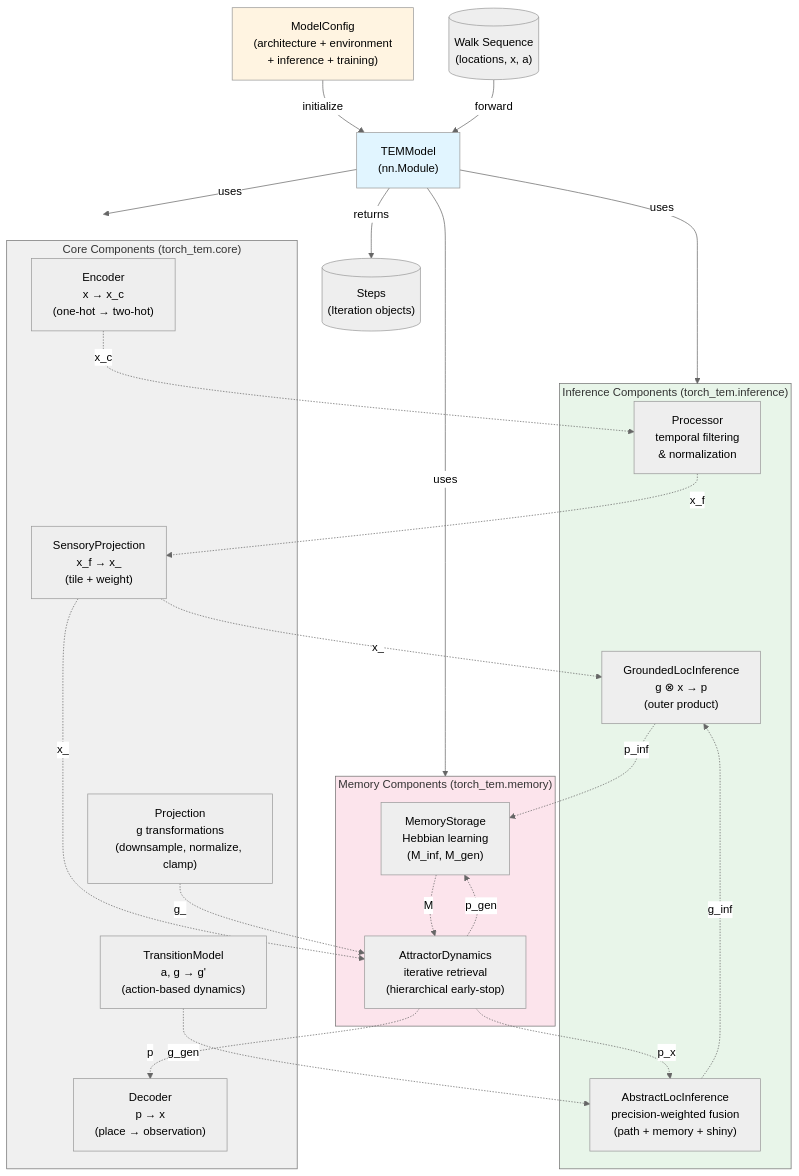
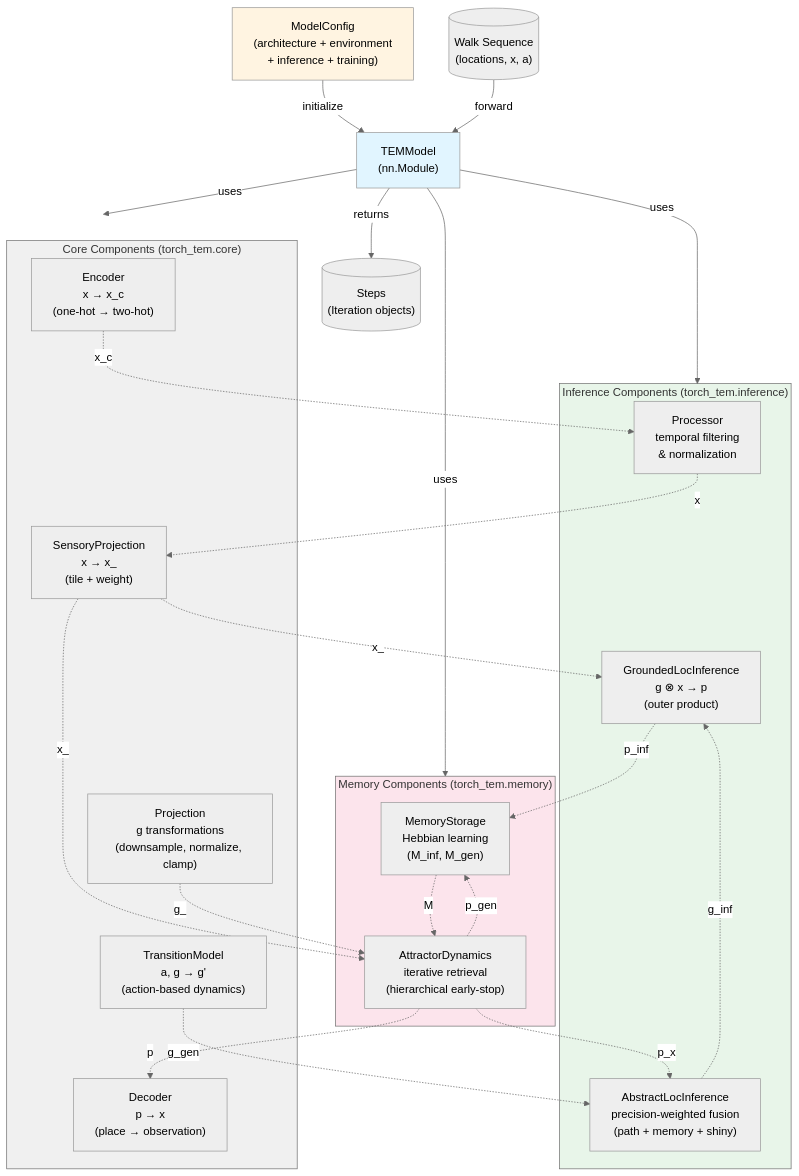
The diagram in docs/architecture.mmd (BorjaEst/tem), drawn with Mermaid (neutral theme) before and after one commit. The commit also changed 39 other files, not shown here.

```diff
--- a/docs/architecture.mmd
+++ b/docs/architecture.mmd
@@ -1,65 +1,65 @@
 %% Tolman-Eichenbaum Machine (TEM) - Overall Architecture
 graph TB
     %% Input/Output
     Walk[("Walk Sequence<br/>(locations, x, a)")]
     Steps[("Steps<br/>(Iteration objects)")]
     
     %% Main Model
     TEMModel["TEMModel<br/>(nn.Module)"]
     
     %% Configuration
     Config["ModelConfig<br/>(architecture + environment<br/>+ inference + training)"]
     
     %% Core Components
     subgraph Core["Core Components (torch_tem.core)"]
         Encoder["Encoder<br/>x → x_c<br/>(one-hot → two-hot)"]
         Decoder["Decoder<br/>p → x<br/>(place → observation)"]
         Projection["Projection<br/>g transformations<br/>(downsample, normalize, clamp)"]
-        Tiling["SensoryProjection<br/>x_f → x_<br/>(tile + weight)"]
+        Tiling["SensoryProjection<br/>x → x_<br/>(tile + weight)"]
         Transition["TransitionModel<br/>a, g → g'<br/>(action-based dynamics)"]
     end
     
     %% Inference Components
     subgraph Inference["Inference Components (torch_tem.inference)"]
         Sensory["Processor<br/>temporal filtering<br/>& normalization"]
         Grounded["GroundedLocInference<br/>g ⊗ x → p<br/>(outer product)"]
         Abstract["AbstractLocInference<br/>precision-weighted fusion<br/>(path + memory + shiny)"]
     end
     
     %% Memory Components
     subgraph Memory["Memory Components (torch_tem.memory)"]
         Storage["MemoryStorage<br/>Hebbian learning<br/>(M_inf, M_gen)"]
         Attractor["AttractorDynamics<br/>iterative retrieval<br/>(hierarchical early-stop)"]
     end
     
     %% Data Flow
     Config -->|initialize| TEMModel
     Walk -->|forward| TEMModel
     TEMModel -->|returns| Steps
     
     TEMModel -->|uses| Core
     TEMModel -->|uses| Inference
     TEMModel -->|uses| Memory
     
     %% Component Dependencies
     Encoder -.->|x_c| Sensory
-    Sensory -.->|x_f| Tiling
+    Sensory -.->|x| Tiling
     Tiling -.->|x_| Grounded
     Tiling -.->|x_| Attractor
     
     Transition -.->|g_gen| Abstract
     Attractor -.->|p_x| Abstract
     Abstract -.->|g_inf| Grounded
     
     Grounded -.->|p_inf| Storage
     Attractor -.->|p_gen| Storage
     Storage -.->|M| Attractor
     
     Projection -.->|g_| Attractor
     Attractor -.->|p| Decoder
 
     style TEMModel fill:#e1f5ff
     style Config fill:#fff4e1
     style Core fill:#f0f0f0
     style Inference fill:#e8f5e9
     style Memory fill:#fce4ec
```
